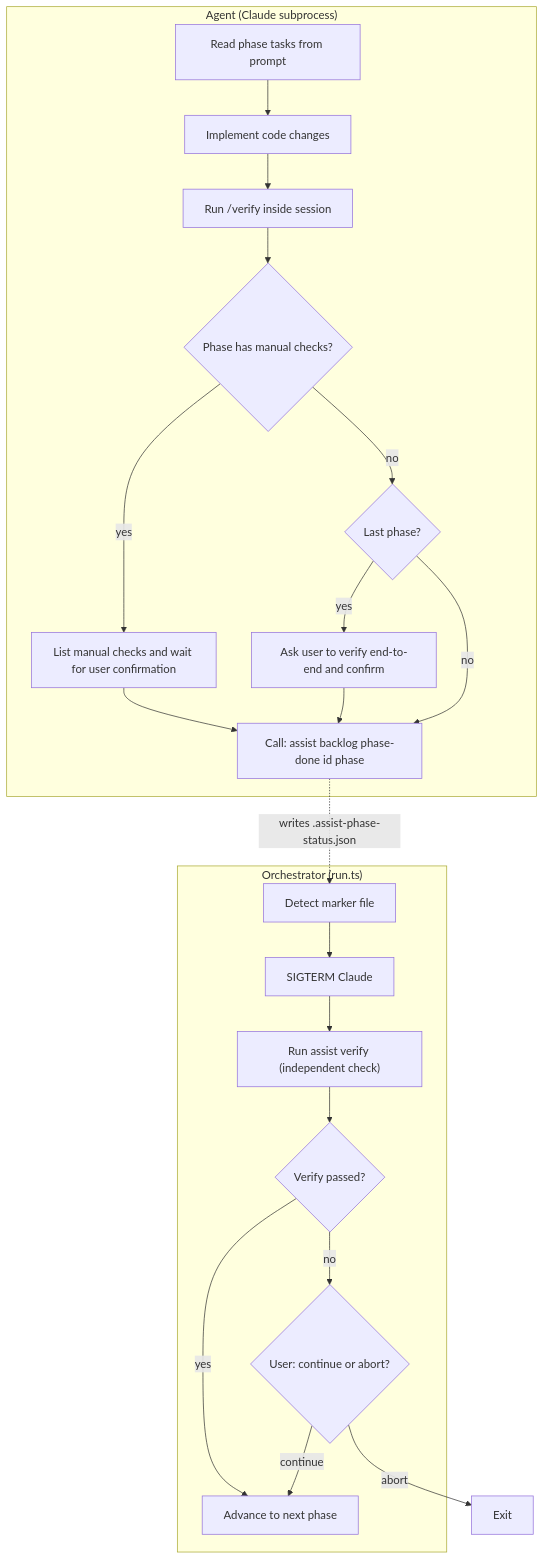
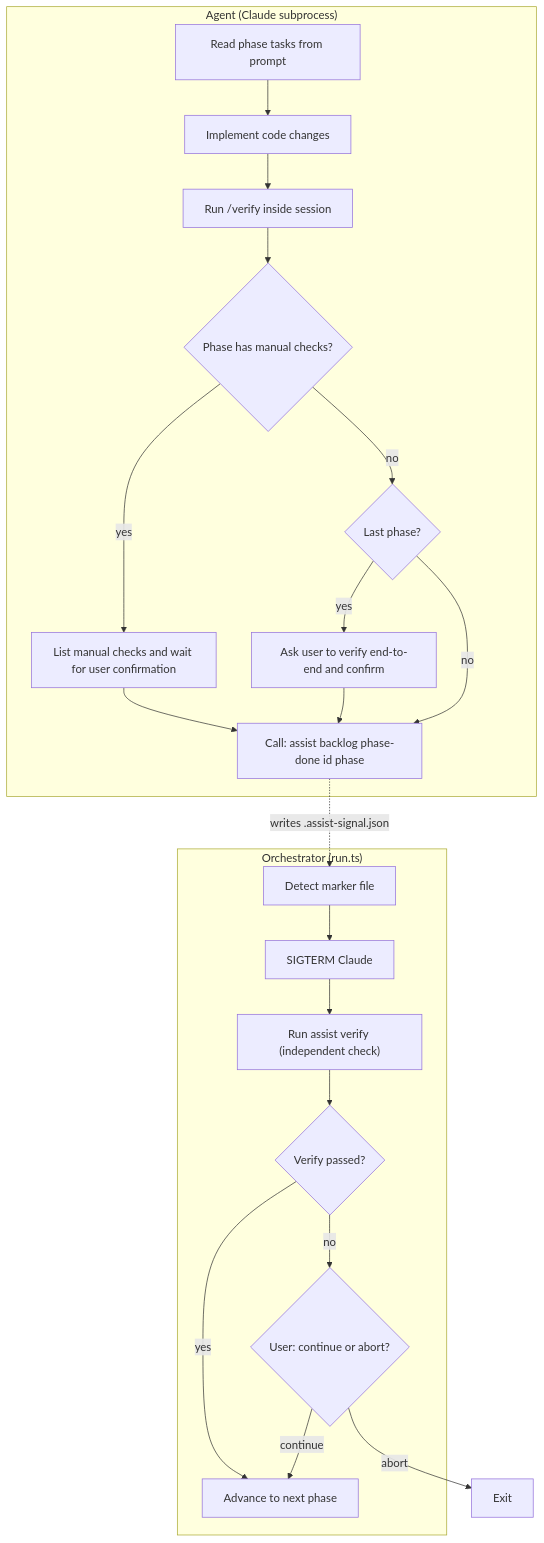
The first of 8 diagrams in src/commands/backlog/README.md (staff0rd/assist), drawn with Mermaid before and after one commit. The commit also changed other lines of this file and 15 other files, not shown here.

````diff
--- a/src/commands/backlog/README.md
+++ b/src/commands/backlog/README.md
@@ -7,32 +7,32 @@
 ```mermaid
 flowchart TD
     subgraph "Agent (Claude subprocess)"
         A1[Read phase tasks from prompt]
         A2[Implement code changes]
         A3[Run /verify inside session]
         A4{Phase has manual checks?}
         A4 -- yes --> A5[List manual checks and wait for user confirmation]
         A4 -- no --> A6{Last phase?}
         A6 -- yes --> A7[Ask user to verify end-to-end and confirm]
         A6 -- no --> A8["Call: assist backlog phase-done id phase"]
         A5 --> A8
         A7 --> A8
     end
 
     subgraph "Orchestrator (run.ts)"
         O1[Detect marker file]
         O2[SIGTERM Claude]
         O3["Run assist verify (independent check)"]
         O4{Verify passed?}
         O5[Advance to next phase]
         O6{User: continue or abort?}
     end
 
     A1 --> A2 --> A3 --> A4
-    A8 -.->|writes .assist-phase-status.json| O1
+    A8 -.->|writes .assist-signal.json| O1
     O1 --> O2 --> O3 --> O4
     O4 -- yes --> O5
     O4 -- no --> O6
     O6 -- continue --> O5
     O6 -- abort --> END[Exit]
 ```
````
